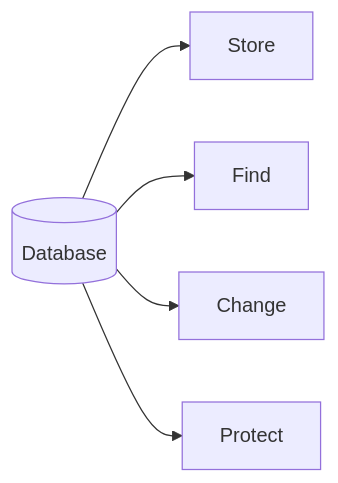
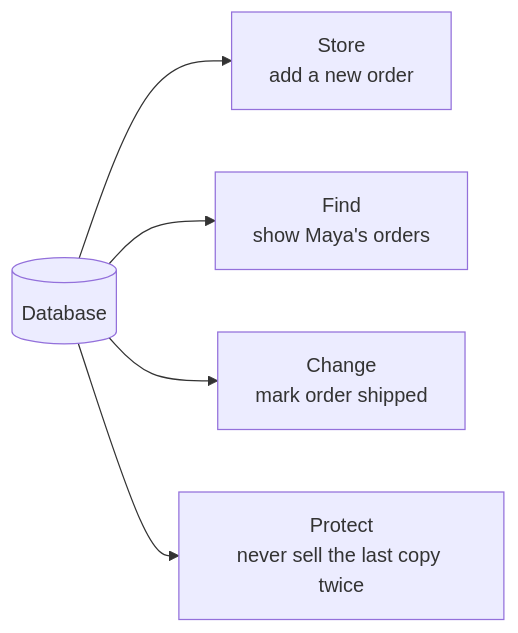
One commit to dataslope/dataslope changed the first of 3 diagrams in content/learn/sqlite-for-beginners/what-is-a-database.mdx. Above: the diagram before and after it, drawn with Mermaid. The commit also changed other lines of this file and 7 other files, not shown here.

````diff
--- a/content/learn/sqlite-for-beginners/what-is-a-database.mdx
+++ b/content/learn/sqlite-for-beginners/what-is-a-database.mdx
@@ -109,7 +76,7 @@
 ```mermaid
 flowchart LR
-    A[("Database")] --> B["Store"]
-    A --> C["Find"]
-    A --> D["Change"]
-    A --> E["Protect"]
+    A[("Database")] --> B["Store<br/>add a new order"]
+    A --> C["Find<br/>show Maya's orders"]
+    A --> D["Change<br/>mark order shipped"]
+    A --> E["Protect<br/>never sell the last copy twice"]
 ```
````
